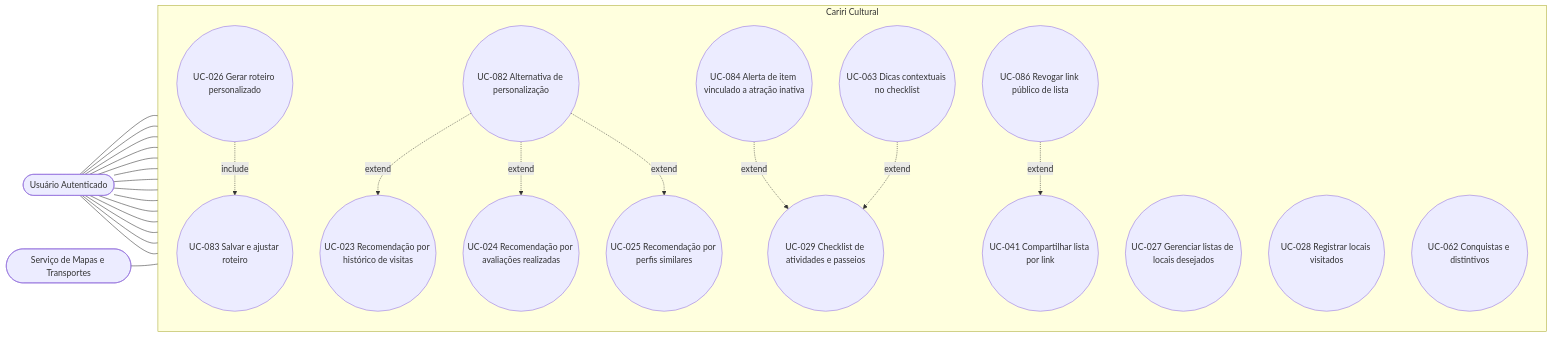
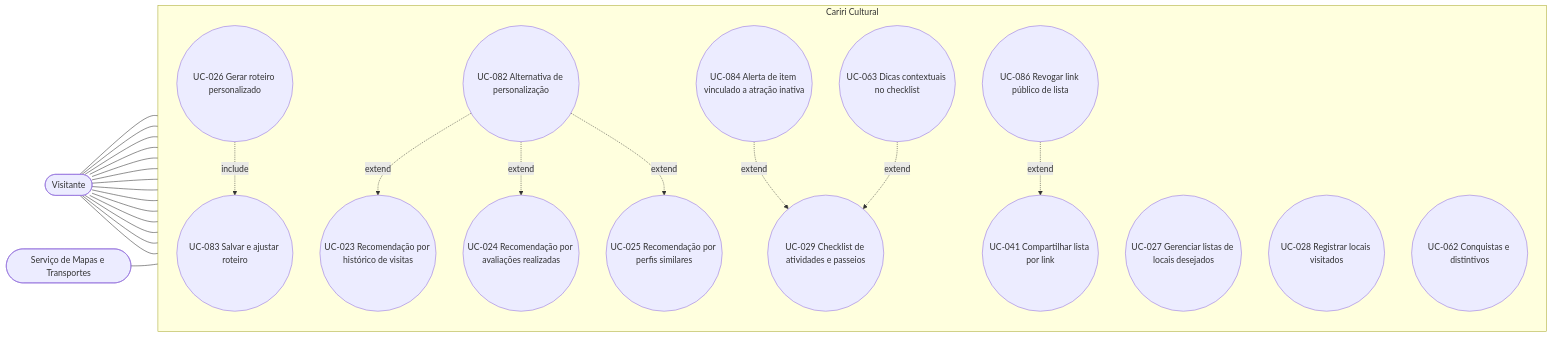
Before and after one commit to alan-mendes-ufca/CaririCultural: the eighth of 13 diagrams in home/user-cases/use-cases-diagram.md, drawn with Mermaid. The commit also changed other lines of this file, not shown here.

Commit message:
docs: refactor `use cases diagrams`

````diff
--- a/home/user-cases/use-cases-diagram.md
+++ b/home/user-cases/use-cases-diagram.md
@@ -283,41 +266,41 @@
 ```mermaid
 flowchart LR
     %% Atores
-    U([Usuário Autenticado])
+    V([Visitante])
     MAP([Serviço de Mapas e Transportes])
 
     %% Fronteira
     subgraph CC [Cariri Cultural]
         direction TB
         UC023((UC-023 Recomendação por histórico de visitas))
         UC024((UC-024 Recomendação por avaliações realizadas))
         UC025((UC-025 Recomendação por perfis similares))
         UC026((UC-026 Gerar roteiro personalizado))
         UC027((UC-027 Gerenciar listas de locais desejados))
         UC028((UC-028 Registrar locais visitados))
         UC029((UC-029 Checklist de atividades e passeios))
         UC041((UC-041 Compartilhar lista por link))
         UC062((UC-062 Conquistas e distintivos))
         UC063((UC-063 Dicas contextuais no checklist))
         UC082((UC-082 Alternativa de personalização))
         UC083((UC-083 Salvar e ajustar roteiro))
         UC084((UC-084 Alerta de item vinculado a atração inativa))
         UC086((UC-086 Revogar link público de lista))
     end
 
     %% Relações Ator -> Caso de Uso
-    U --- UC023 & UC024 & UC025 & UC026 & UC027 & UC028 & UC029
-    U --- UC041 & UC062 & UC063 & UC082 & UC083 & UC084 & UC086
+    V --- UC023 & UC024 & UC025 & UC026 & UC027 & UC028 & UC029
+    V --- UC041 & UC062 & UC063 & UC082 & UC083 & UC084 & UC086
     MAP --- UC026
 
     %% Relações Include
     UC026 -.->|include| UC083
 
     %% Relações Extend
     UC082 -.->|extend| UC023
     UC082 -.->|extend| UC024
     UC082 -.->|extend| UC025
     UC084 -.->|extend| UC029
     UC063 -.->|extend| UC029
     UC086 -.->|extend| UC041
 ```
````
